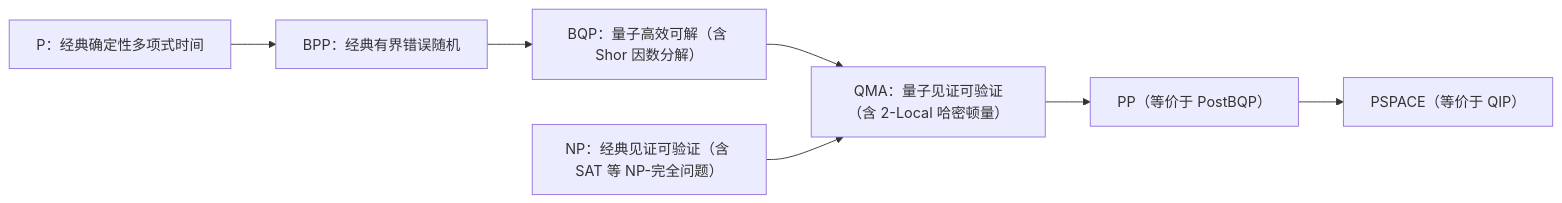
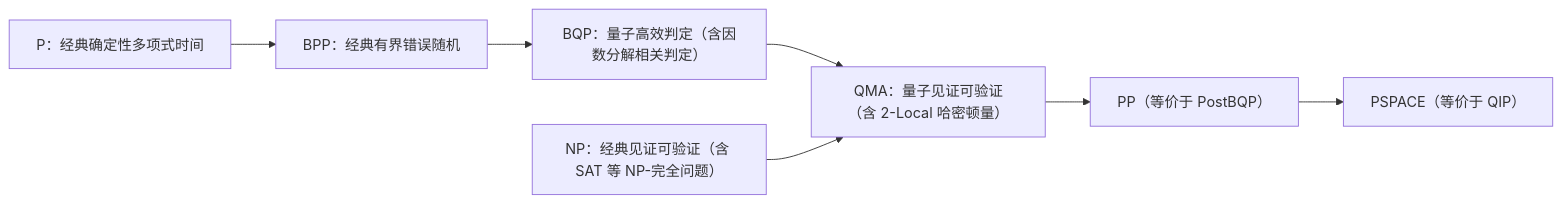
One commit to nanless/quantum-computing-handbook changed the diagram in handbook/07-algorithms.md. Above: the diagram before and after it, drawn with Mermaid. The commit also changed other lines of this file and 346 other files, not shown here.

````diff
--- a/handbook/07-algorithms.md
+++ b/handbook/07-algorithms.md
@@ -1668,9 +1697,9 @@
 ```mermaid
 flowchart LR
     P["P：经典确定性多项式时间"] --> BPP["BPP：经典有界错误随机"]
-    BPP --> BQP["BQP：量子高效可解（含 Shor 因数分解）"]
+    BPP --> BQP["BQP：量子高效判定（含因数分解相关判定）"]
     BQP --> QMA["QMA：量子见证可验证（含 2-Local 哈密顿量）"]
     NP["NP：经典见证可验证（含 SAT 等 NP-完全问题）"] --> QMA
     QMA --> PP["PP（等价于 PostBQP）"]
     PP --> PSPACE["PSPACE（等价于 QIP）"]
 ```
````
